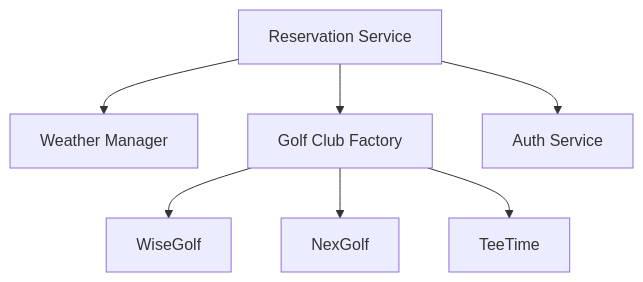
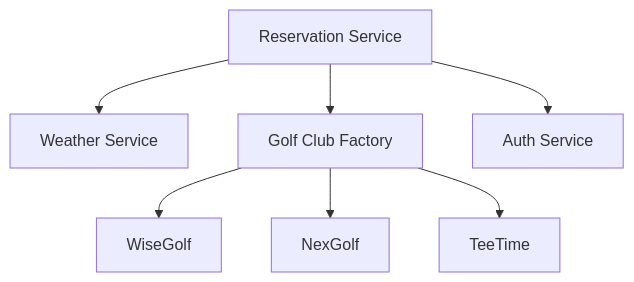
The third of 4 diagrams in docs/architecture/services.md (nasula/golfcal2), drawn with Mermaid before and after one commit. The commit also changed other lines of this file and 16 other files, not shown here.

First line of the commit message:
Refactor weather service documentation with strategy pattern and improved provider implementations

````diff
--- a/docs/architecture/services.md
+++ b/docs/architecture/services.md
@@ -116,9 +131,9 @@
 ```mermaid
 graph TD
-    RS[Reservation Service] --> WM[Weather Manager]
+    RS[Reservation Service] --> WS[Weather Service]
     RS --> GF[Golf Club Factory]
     RS --> Auth[Auth Service]
     GF --> WG[WiseGolf]
     GF --> NG[NexGolf]
     GF --> TT[TeeTime]
 ```
````
